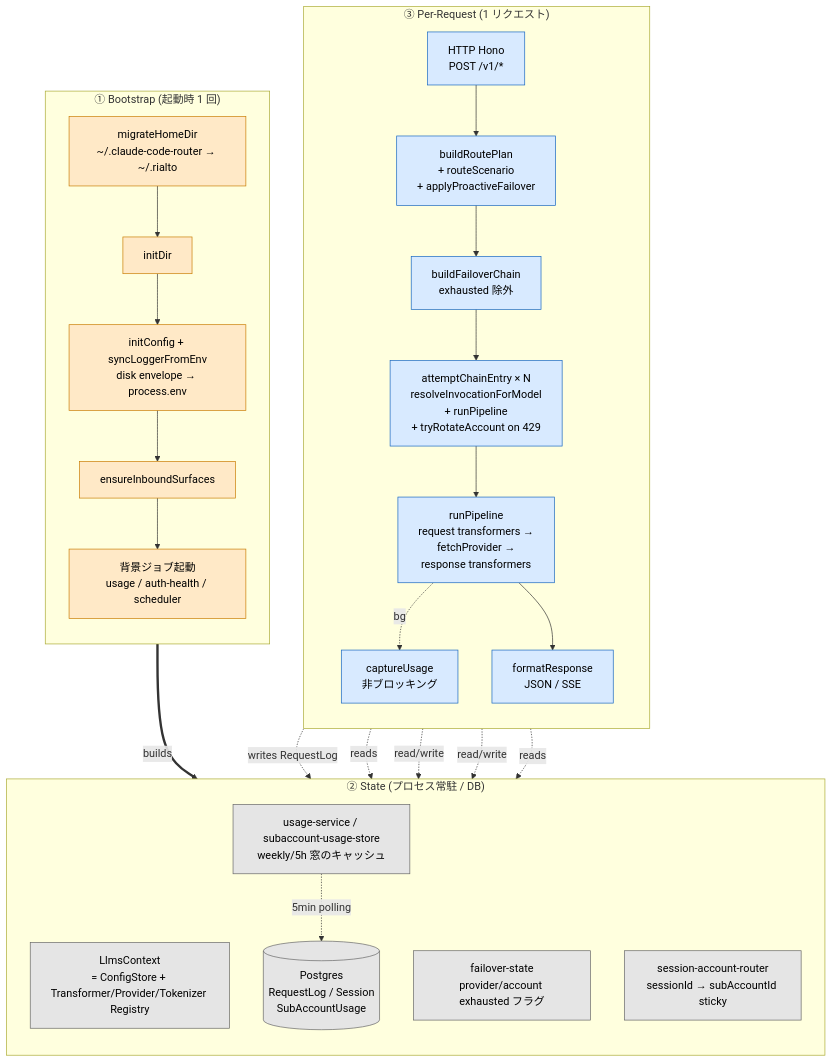
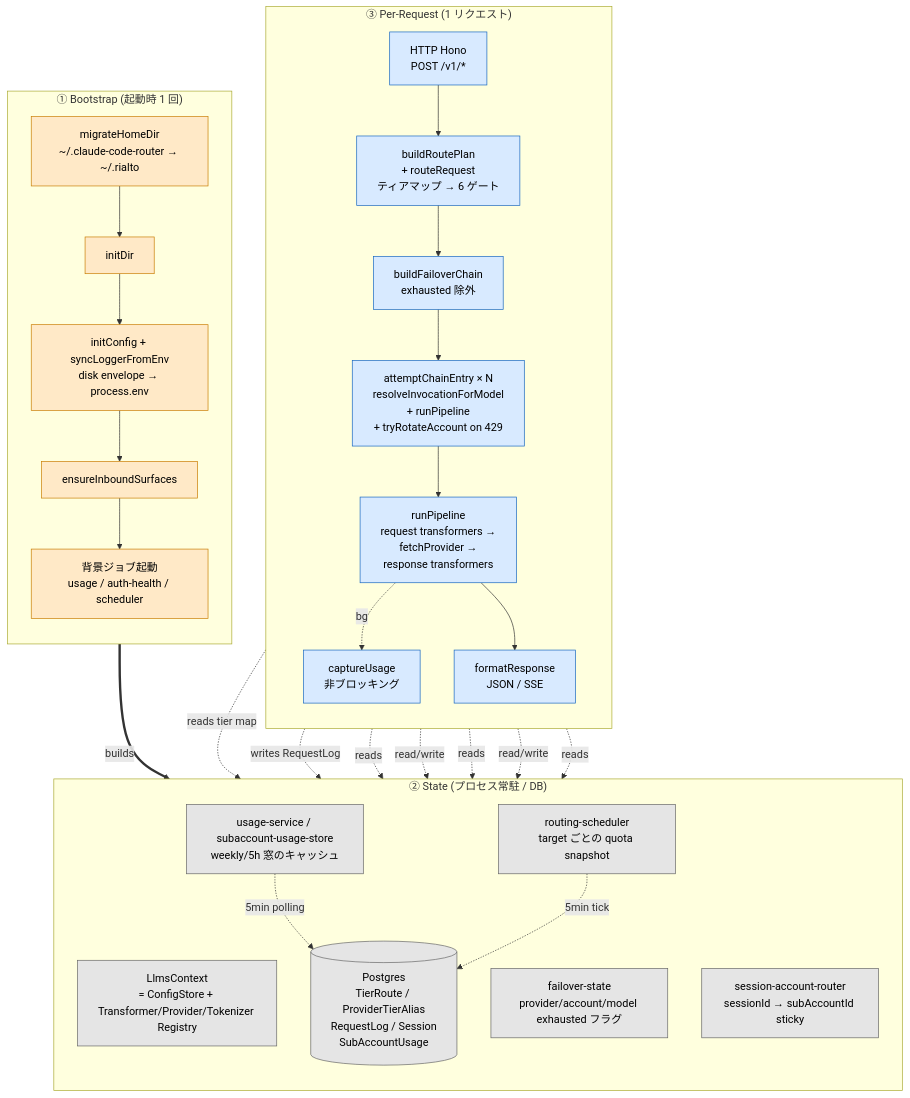
The first of 12 diagrams in docs/architecture/pipeline-overview.md (tkgstrator/rialto), drawn with Mermaid before and after one commit. The commit also changed other lines of this file and 21 other files, not shown here.

````diff
--- a/docs/architecture/pipeline-overview.md
+++ b/docs/architecture/pipeline-overview.md
@@ -15,51 +15,55 @@
 ```mermaid
 flowchart TB
   classDef boot fill:#ffe9c7,stroke:#c97c00,color:#000
   classDef perreq fill:#d8eaff,stroke:#1565c0,color:#000
   classDef state fill:#e5e5e5,stroke:#666,color:#000
 
   subgraph BOOT["① Bootstrap (起動時 1 回)"]
     direction TB
     B0[migrateHomeDir<br/>~/.claude-code-router → ~/.rialto]
     B1[initDir]
     B2[initConfig + syncLoggerFromEnv<br/>disk envelope → process.env]
     B3[ensureInboundSurfaces]
     B4[背景ジョブ起動<br/>usage / auth-health / scheduler]
     B0 --> B1 --> B2 --> B3 --> B4
   end
 
   subgraph STATE["② State (プロセス常駐 / DB)"]
     direction TB
     CTX[LlmsContext<br/>= ConfigStore + Transformer/Provider/Tokenizer Registry]
-    FS[failover-state<br/>provider/account exhausted フラグ]
+    FS[failover-state<br/>provider/account/model exhausted フラグ]
+    SNAP[routing-scheduler<br/>target ごとの quota snapshot]
     SR[session-account-router<br/>sessionId → subAccountId sticky]
     US[usage-service / subaccount-usage-store<br/>weekly/5h 窓のキャッシュ]
-    DB[(Postgres<br/>RequestLog / Session<br/>SubAccountUsage)]
+    DB[(Postgres<br/>TierRoute / ProviderTierAlias<br/>RequestLog / Session<br/>SubAccountUsage)]
   end
 
   subgraph REQ["③ Per-Request (1 リクエスト)"]
     direction TB
     R1[HTTP Hono<br/>POST /v1/*]
-    R2[buildRoutePlan<br/>+ routeScenario<br/>+ applyProactiveFailover]
+    R2[buildRoutePlan<br/>+ routeRequest<br/>ティアマップ → 6 ゲート]
     R3[buildFailoverChain<br/>exhausted 除外]
     R4[attemptChainEntry × N<br/>resolveInvocationForModel<br/>+ runPipeline<br/>+ tryRotateAccount on 429]
     R5[runPipeline<br/>request transformers →<br/>fetchProvider →<br/>response transformers]
     R6[captureUsage<br/>非ブロッキング]
     R7[formatResponse<br/>JSON / SSE]
     R1 --> R2 --> R3 --> R4 --> R5
     R5 -.bg.-> R6
     R5 --> R7
   end
 
   BOOT ==builds==> CTX
   REQ -.reads.-> CTX
   REQ -.read/write.-> FS
+  REQ -.reads.-> SNAP
   REQ -.read/write.-> SR
   REQ -.reads.-> US
+  R2 -.reads tier map.-> DB
   R6 -.writes RequestLog.-> DB
   US -.5min polling.-> DB
+  SNAP -.5min tick.-> DB
 
   class B0,B1,B2,B3,B4 boot
   class R1,R2,R3,R4,R5,R6,R7 perreq
-  class CTX,FS,SR,US,DB state
+  class CTX,FS,SNAP,SR,US,DB state
 ```
````
